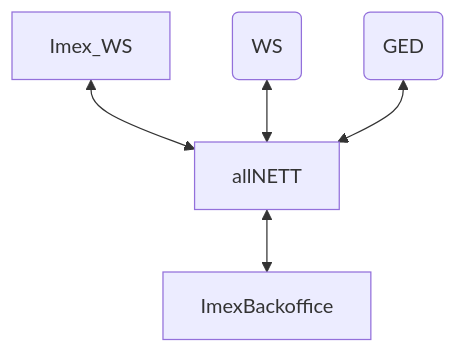
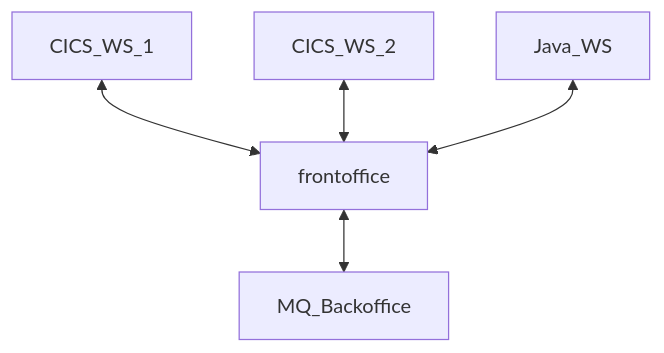
The second of 2 diagrams in TRA_applications.md (jaypizzabrown/repo1_md), drawn with Mermaid before and after one commit. The commit also changed other lines of this file, not shown here.

````diff
--- a/TRA_applications.md
+++ b/TRA_applications.md
@@ -18,7 +19,8 @@
 ```mermaid
 graph TD;
-    allNETT<-->ImexBackoffice;
-    Imex_WS<-->allNETT;
-    Petra_(WS)<-->allNETT;
-    Editrade(GED)<-->allNETT;
+    frontoffice<-->MQ_Backoffice;
+    CICS_WS_1<-->frontoffice;
+    CICS_WS_2<-->frontoffice;
+    Java_WS<-->frontoffice;
+    
 ```
````
